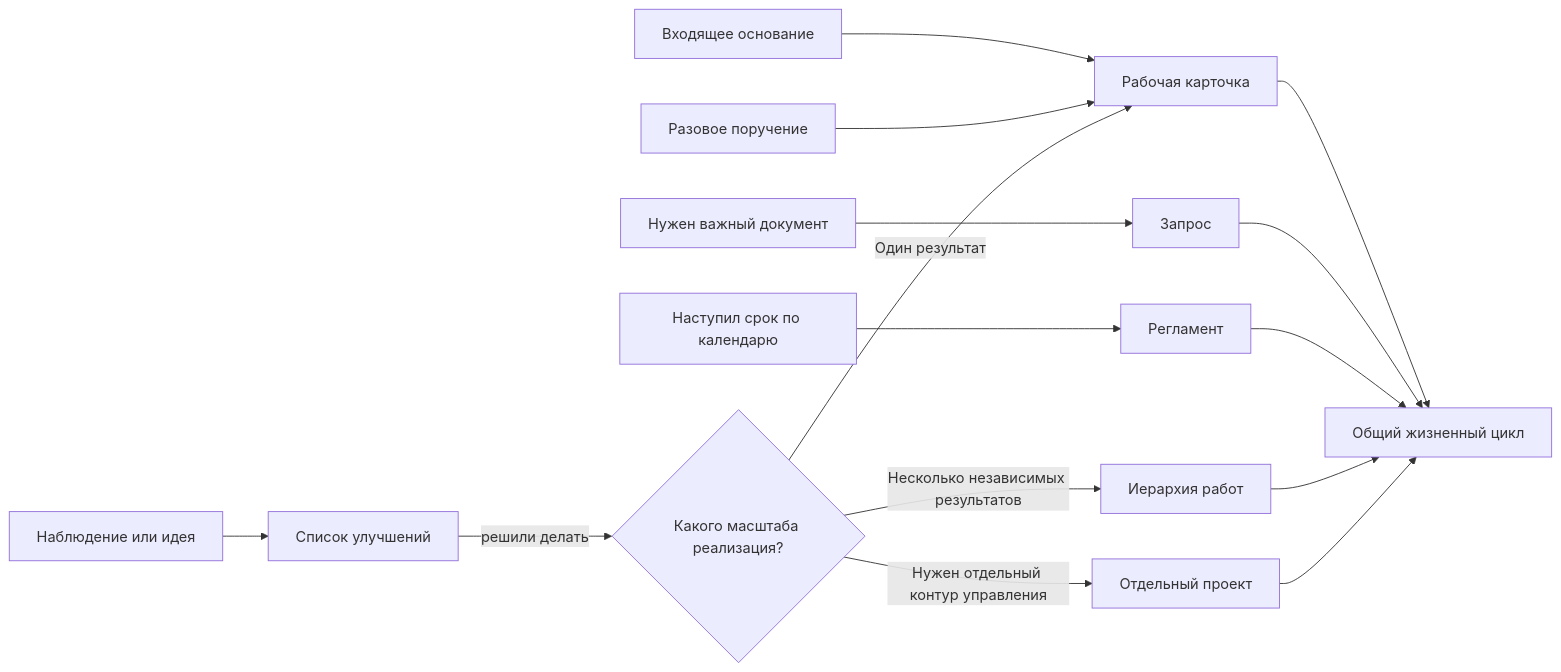
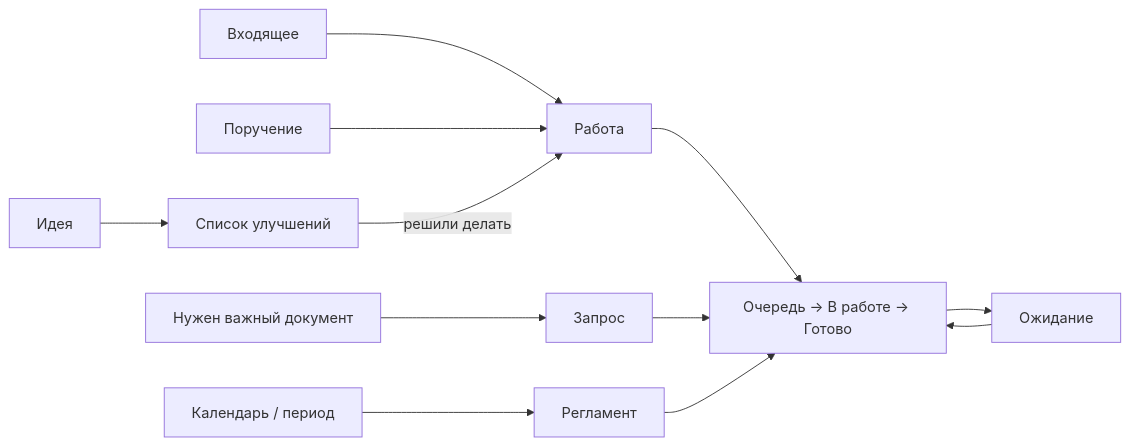
One commit to lazuale/department changed the diagram in README.md. Above: the diagram before and after it, drawn with Mermaid. The commit also changed other lines of this file, not shown here.

````diff
--- a/README.md
+++ b/README.md
@@ -9,19 +7,15 @@
 ```mermaid
 flowchart LR
-    A[Входящее основание] --> W[Рабочая карточка]
+    A[Входящее] --> W[Работа]
     B[Нужен важный документ] --> Q[Запрос]
-    C[Наступил срок по календарю] --> R[Регламент]
-    D[Разовое поручение] --> W
+    C[Календарь / период] --> R[Регламент]
+    D[Поручение] --> W
+    I[Идея] --> J[Список улучшений]
+    J -->|решили делать| W
 
-    W --> X[Общий жизненный цикл]
-    Q --> X
-    R --> X
-
-    I[Наблюдение или идея] --> J[Список улучшений]
-    J -->|решили делать| M{Какого масштаба реализация?}
-    M -- Один результат --> W
-    M -- Несколько независимых результатов --> H[Иерархия работ]
-    M -- Нужен отдельный контур управления --> P[Отдельный проект]
-    H --> X
-    P --> X
+    W --> S[Очередь → В работе → Готово]
+    Q --> S
+    R --> S
+    S --> O[Ожидание]
+    O --> S
 ```
````
